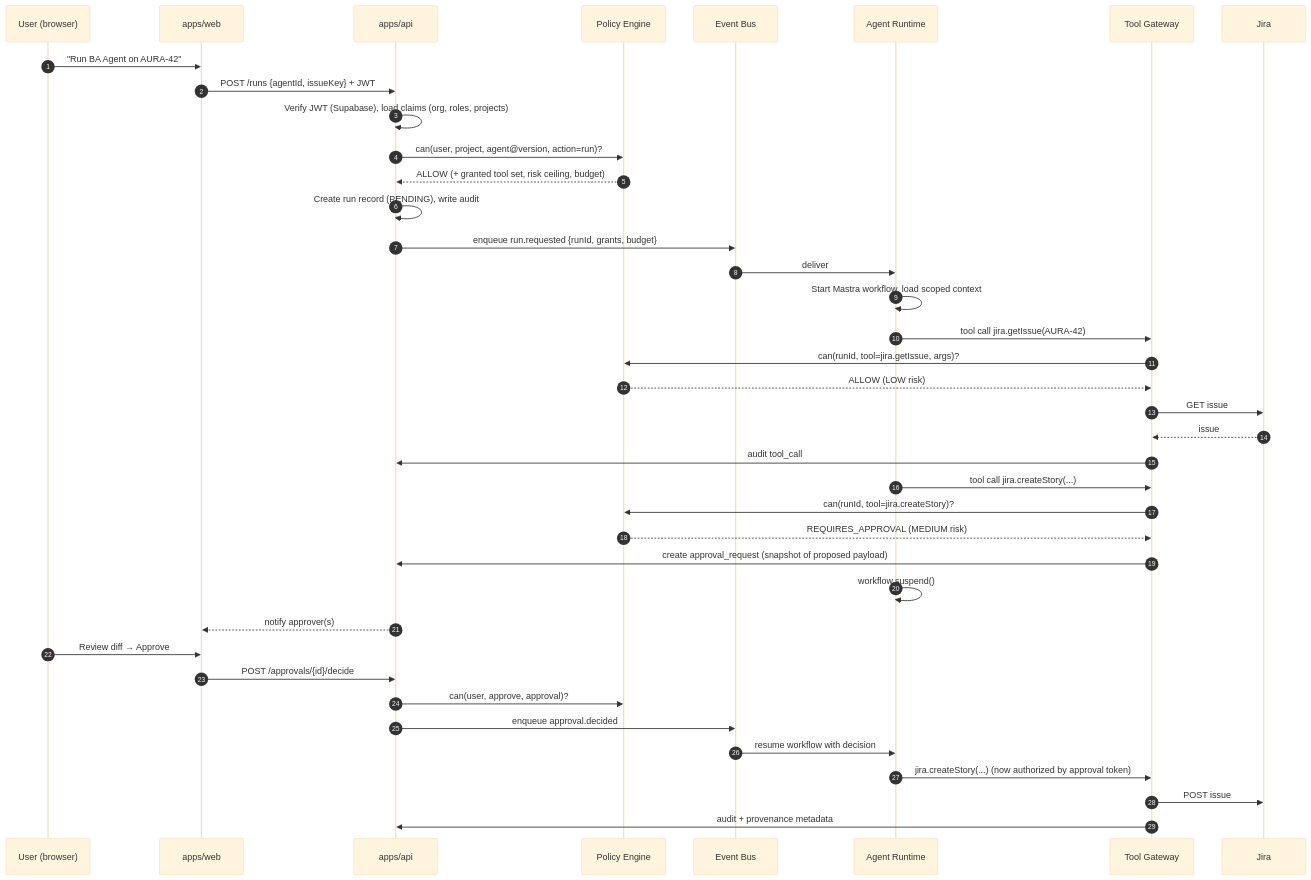
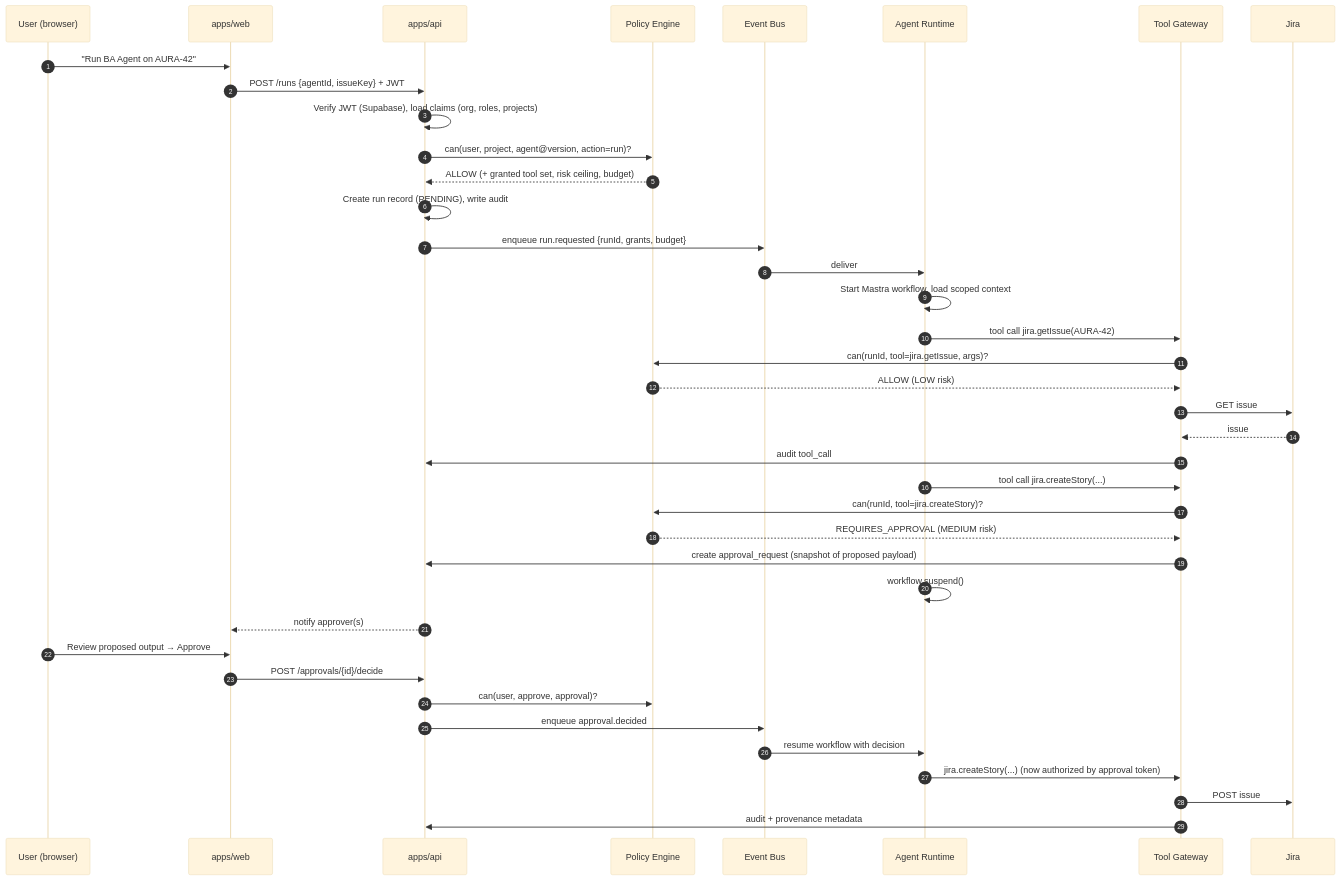
Before and after one commit to HasithaErandika/aura: the third of 10 diagrams in docs/ARCHITECTURE.md, drawn with Mermaid (base theme). The commit also changed other lines of this file and 8 other files, not shown here.

````diff
--- a/docs/ARCHITECTURE.md
+++ b/docs/ARCHITECTURE.md
@@ -214,42 +214,42 @@
 ```mermaid
 sequenceDiagram
     autonumber
     participant U as User (browser)
     participant W as apps/web
     participant A as apps/api
     participant P as Policy Engine
     participant Q as Event Bus
     participant R as Agent Runtime
     participant T as Tool Gateway
     participant J as Jira
 
     U->>W: "Run BA Agent on AURA-42"
     W->>A: POST /runs {agentId, issueKey} + JWT
     A->>A: Verify JWT (Supabase), load claims (org, roles, projects)
     A->>P: can(user, project, agent@version, action=run)?
     P-->>A: ALLOW (+ granted tool set, risk ceiling, budget)
     A->>A: Create run record (PENDING), write audit
     A->>Q: enqueue run.requested {runId, grants, budget}
     Q->>R: deliver
     R->>R: Start Mastra workflow, load scoped context
     R->>T: tool call jira.getIssue(AURA-42)
     T->>P: can(runId, tool=jira.getIssue, args)?
     P-->>T: ALLOW (LOW risk)
     T->>J: GET issue
     J-->>T: issue
     T->>A: audit tool_call
     R->>T: tool call jira.createStory(...)
     T->>P: can(runId, tool=jira.createStory)?
     P-->>T: REQUIRES_APPROVAL (MEDIUM risk)
     T->>A: create approval_request (snapshot of proposed payload)
     R->>R: workflow.suspend()
     A-->>W: notify approver(s)
-    U->>W: Review diff → Approve
+    U->>W: Review proposed output → Approve
     W->>A: POST /approvals/{id}/decide
     A->>P: can(user, approve, approval)?
     A->>Q: enqueue approval.decided
     Q->>R: resume workflow with decision
     R->>T: jira.createStory(...) (now authorized by approval token)
     T->>J: POST issue
     T->>A: audit + provenance metadata
 ```
````
